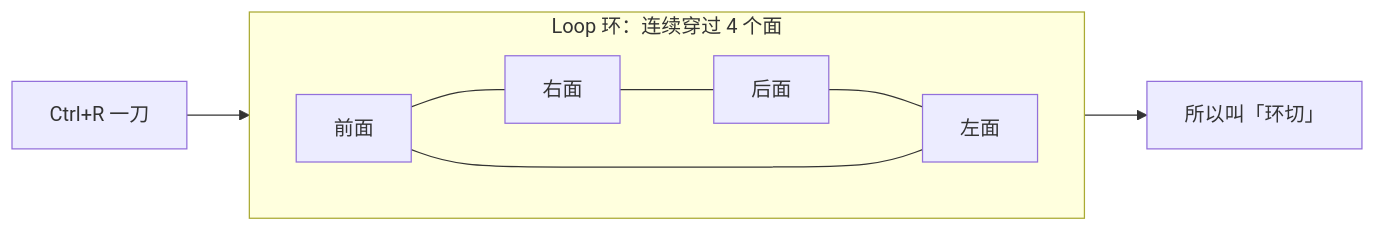
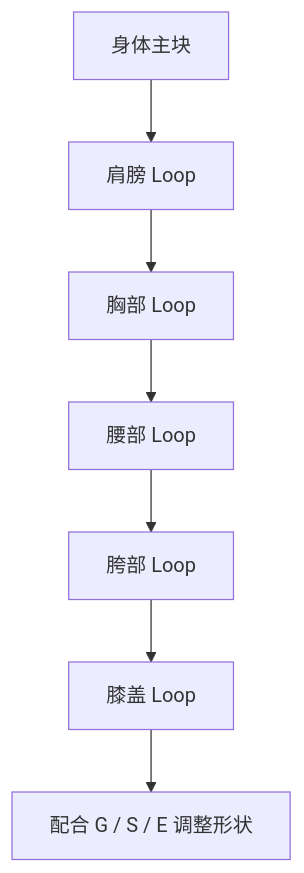
The second of 12 diagrams in Blender笔记/00-基础/05-环切与拓扑-Ctrl+R.md (liuchamp/blenderdsv1), drawn with Mermaid before and after one commit. The commit also changed other lines of this file and 16 other files, not shown here.

````diff
--- a/Blender笔记/00-基础/05-环切与拓扑-Ctrl+R.md
+++ b/Blender笔记/00-基础/05-环切与拓扑-Ctrl+R.md
@@ -23,9 +114,9 @@
 ```mermaid
-flowchart LR
-    subgraph Ring["Loop 环：连续穿过 4 个面"]
-        direction LR
-        F1["前面"] --- F2["右面"] --- F3["后面"] --- F4["左面"] --- F1
-    end
-    OP["Ctrl+R 一刀"] --> Ring
-    Ring --> Note["所以叫「环切」"]
+flowchart TD
+    B["身体主块"] --> L1["肩膀 Loop"]
+    L1 --> L2["胸部 Loop"]
+    L2 --> L3["腰部 Loop"]
+    L3 --> L4["胯部 Loop"]
+    L4 --> L5["膝盖 Loop"]
+    L5 --> GSE["配合 G / S / E 调整形状"]
 ```
````
